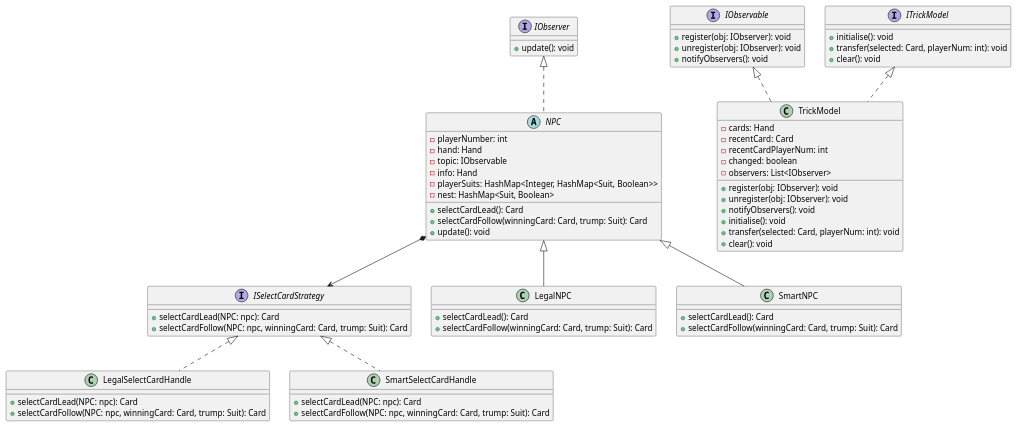
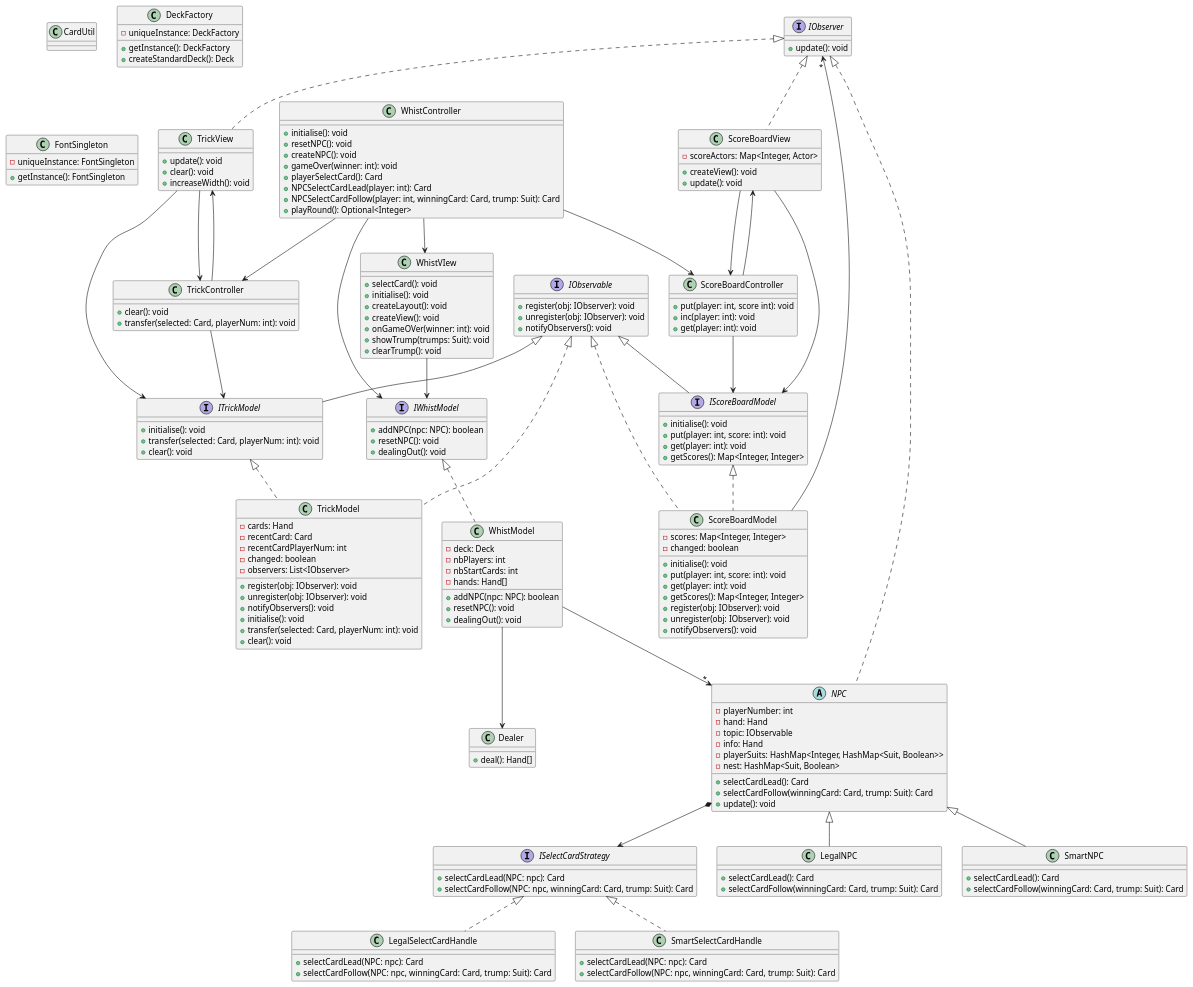
The diagram in uml/DesignClassDiagram.puml (Haswf/Whist), drawn with PlantUML before and after one commit.

Commit message:
updated design class diagram

```diff
--- a/uml/DesignClassDiagram.puml
+++ b/uml/DesignClassDiagram.puml
@@ -50,7 +50,7 @@
     + notifyObservers(): void
 }
 
-interface ITrickModel {
+interface ITrickModel extends IObservable {
     + initialise(): void
     + transfer(selected: Card, playerNum: int): void
     + clear(): void
@@ -71,5 +71,132 @@
     + clear(): void
 }
 
+class TrickView implements IObserver {
+    + update(): void
+    + clear(): void
+    + increaseWidth(): void
+}
+
+TrickView --> TrickController
+TrickView --> ITrickModel
+
+class TrickController {
+   + clear(): void
+   + transfer(selected: Card, playerNum: int): void
+}
+
+TrickController --> ITrickModel
+TrickController --> TrickView
+
+interface IWhistModel{
+    + addNPC(npc: NPC): boolean
+    + resetNPC(): void
+    + dealingOut(): void
+}
+
+class WhistModel implements IWhistModel{
+
+    - deck: Deck
+    - nbPlayers: int
+    - nbStartCards: int
+    - hands: Hand[]
+
+    + addNPC(npc: NPC): boolean
+    + resetNPC(): void
+    + dealingOut(): void
+}
+
+WhistModel --> "*" NPC
+WhistModel --> Dealer
+
+class WhistVIew {
+    + selectCard(): void
+    + initialise(): void
+    + createLayout(): void
+    + createView(): void
+    + onGameOVer(winner: int): void
+    + showTrump(trumps: Suit): void
+    + clearTrump(): void
+}
+
+WhistVIew --> IWhistModel
+
+class WhistController{
+    + initialise(): void
+    + resetNPC(): void
+    + createNPC(): void
+    + gameOver(winner: int): void
+    + playerSelectCard(): Card
+    + NPCSelectCardLead(player: int): Card
+    + NPCSelectCardFollow(player: int, winningCard: Card, trump: Suit): Card
+    + playRound(): Optional<Integer>
+}
+
+WhistController --> IWhistModel
+WhistController --> WhistVIew
+WhistController --> TrickController
+WhistController --> ScoreBoardController
+
+interface IScoreBoardModel extends IObservable {
+    + initialise(): void
+    + put(player: int, score: int): void
+    + get(player: int): void
+    + getScores(): Map<Integer, Integer>
+}
+
+class ScoreBoardModel implements IScoreBoardModel, IObservable{
+    - scores: Map<Integer, Integer>
+    - changed: boolean
+
+    + initialise(): void
+    + put(player: int, score: int): void
+    + get(player: int): void
+    + getScores(): Map<Integer, Integer>
+    + register(obj: IObserver): void
+    + unregister(obj: IObserver): void
+    + notifyObservers(): void
+
+}
+
+ScoreBoardModel --> "*" IObserver
+
+class ScoreBoardView implements IObserver{
+    - scoreActors: Map<Integer, Actor>
+
+    + createView(): void
+    + update(): void
+}
+
+ScoreBoardView --> IScoreBoardModel
+ScoreBoardView --> ScoreBoardController
+
+class ScoreBoardController {
+    + put(player: int, score int): void
+    + inc(player: int): void
+    + get(player: int): void
+}
+
+ScoreBoardController --> IScoreBoardModel
+ScoreBoardController --> ScoreBoardView
+
+class CardUtil{
+}
+
+class Dealer{
+    + deal(): Hand[]
+}
+
+class DeckFactory {
+    - uniqueInstance: DeckFactory
+
+    + getInstance(): DeckFactory
+    + createStandardDeck(): Deck
+}
+
+class FontSingleton{
+    - uniqueInstance: FontSingleton
+
+    + getInstance(): FontSingleton
+}
 
 @enduml
```
